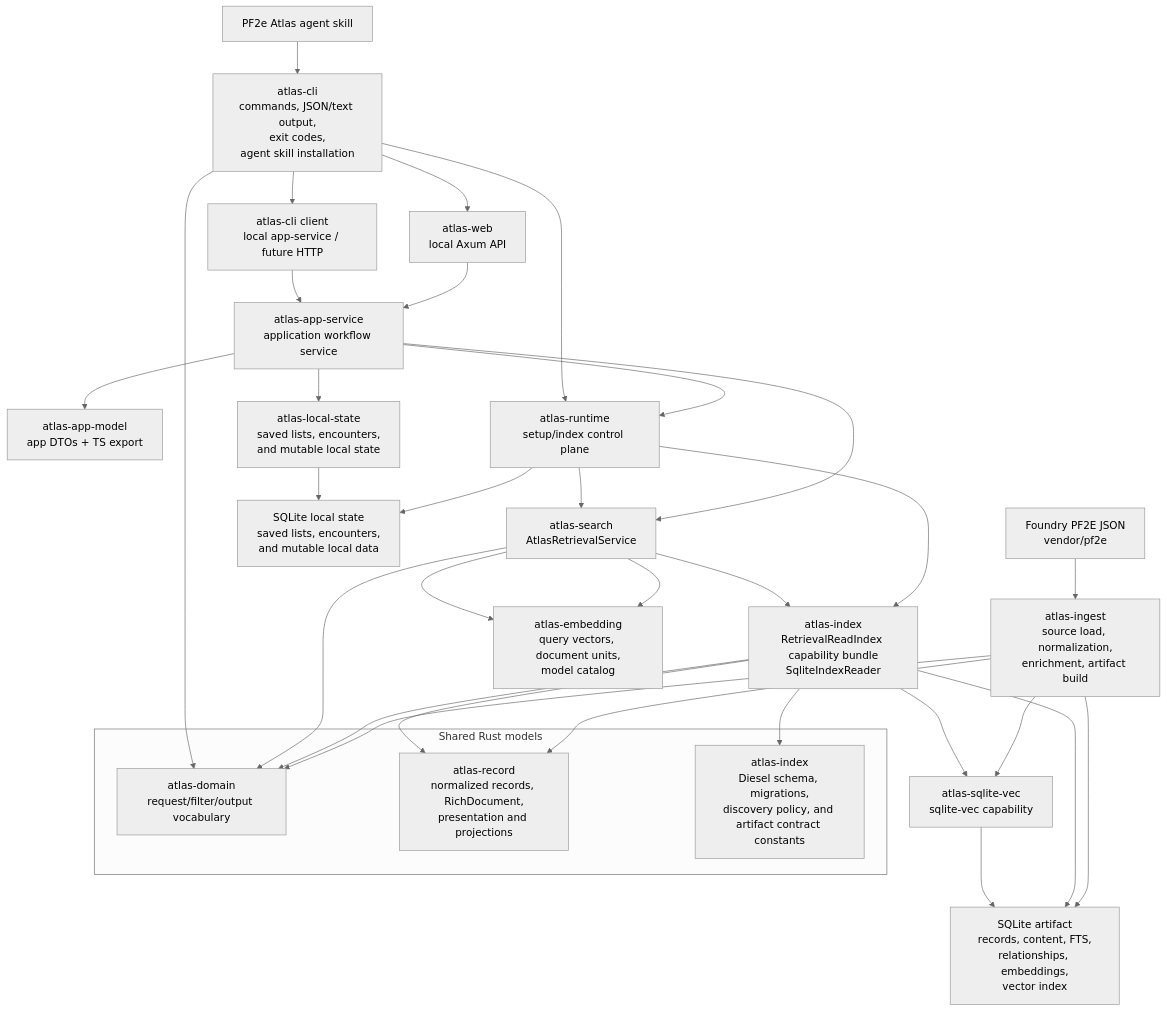
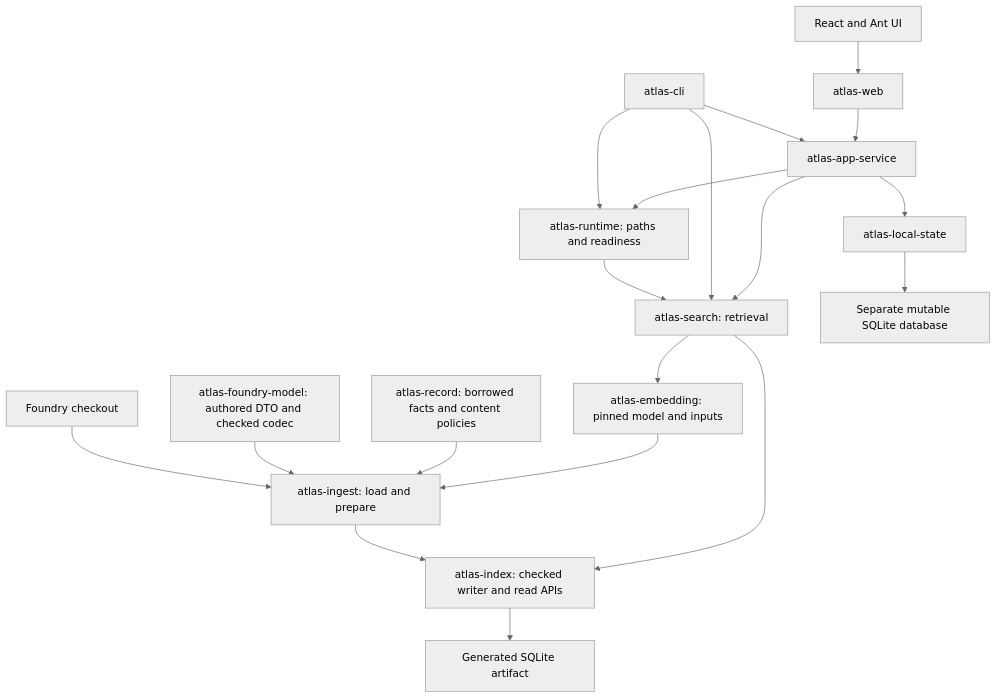
One commit to e-kosten/pf2e-atlas changed the diagram in docs/architecture/runtime.md. Above: the diagram before and after it, drawn with Mermaid (neutral theme). The commit also changed other lines of this file and 689 other files, not shown here.

Commit message:
refactor(artifact): rebuild ingest and consumers around checked sources

````diff
--- a/docs/architecture/runtime.md
+++ b/docs/architecture/runtime.md
@@ -42,43 +8,21 @@
 ```mermaid
 flowchart TD
-    source["Foundry PF2E JSON<br/>vendor/pf2e"] --> ingest["atlas-ingest<br/>source load, normalization,<br/>enrichment, artifact build"]
-    ingest --> artifact["SQLite artifact<br/>records, content, FTS,<br/>relationships, embeddings,<br/>vector index"]
-    localStateDb["SQLite local state<br/>saved lists, encounters,<br/>and mutable local data"]
-
-    skill["PF2e Atlas agent skill"] --> cli["atlas-cli<br/>commands, JSON/text output,<br/>exit codes,<br/>agent skill installation"]
-    cli --> web["atlas-web<br/>local Axum API"]
-    web --> appService["atlas-app-service<br/>application workflow service"]
-    appService --> appModel["atlas-app-model<br/>app DTOs + TS export"]
-    appService --> runtime
-    appService --> search
-    appService --> localState["atlas-local-state<br/>saved lists, encounters,<br/>and mutable local state"]
-    cli --> cliClient["atlas-cli client<br/>local app-service / future HTTP"]
-    cliClient --> appService
-    cli --> runtime["atlas-runtime<br/>setup/index control plane"]
-    runtime --> search["atlas-search<br/>AtlasRetrievalService"]
-    runtime --> index["atlas-index<br/>RetrievalReadIndex capability bundle<br/>SqliteIndexReader"]
-    runtime --> localStateDb
-    localState --> localStateDb
-
+    source[Foundry checkout] --> ingest[atlas-ingest: load and prepare]
+    model[atlas-foundry-model: authored DTO and checked codec] --> ingest
+    record[atlas-record: borrowed facts and content policies] --> ingest
+    embedding[atlas-embedding: pinned model and inputs] --> ingest
+    ingest --> index[atlas-index: checked writer and read APIs]
+    index --> artifact[Generated SQLite artifact]
+    runtime[atlas-runtime: paths and readiness] --> search[atlas-search: retrieval]
     search --> index
-    search --> embedding["atlas-embedding<br/>query vectors, document units,<br/>model catalog"]
-    index --> artifact
-    ingest --> sqliteVec["atlas-sqlite-vec<br/>sqlite-vec capability"]
-    index --> sqliteVec
-    sqliteVec --> artifact
-
-    subgraph SharedRustModels["Shared Rust models"]
-      domain["atlas-domain<br/>request/filter/output vocabulary"]
-      record["atlas-record<br/>normalized records, RichDocument,<br/>presentation and projections"]
-      artifactSchema["atlas-index<br/>Diesel schema, migrations,<br/>discovery policy, and artifact contract constants"]
-    end
-
-    ingest --> domain
-    ingest --> record
-    index --> domain
-    index --> record
-    index --> artifactSchema
-    search --> domain
     search --> embedding
-    cli --> domain
+    cli[atlas-cli] --> runtime
+    cli --> search
+    cli --> app[atlas-app-service]
+    web[atlas-web] --> app
+    app --> runtime
+    app --> search
+    app --> local[atlas-local-state]
+    local --> state[Separate mutable SQLite database]
+    browser[React and Ant UI] --> web
 ```
````
